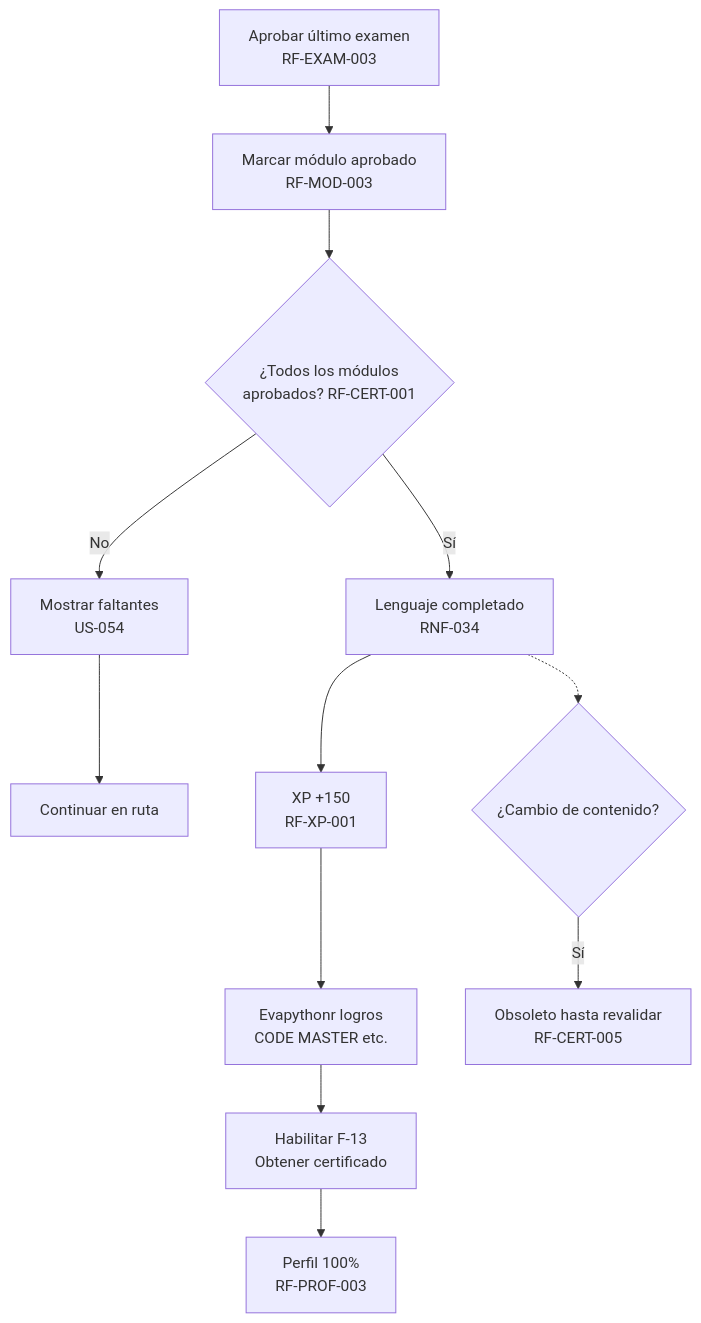
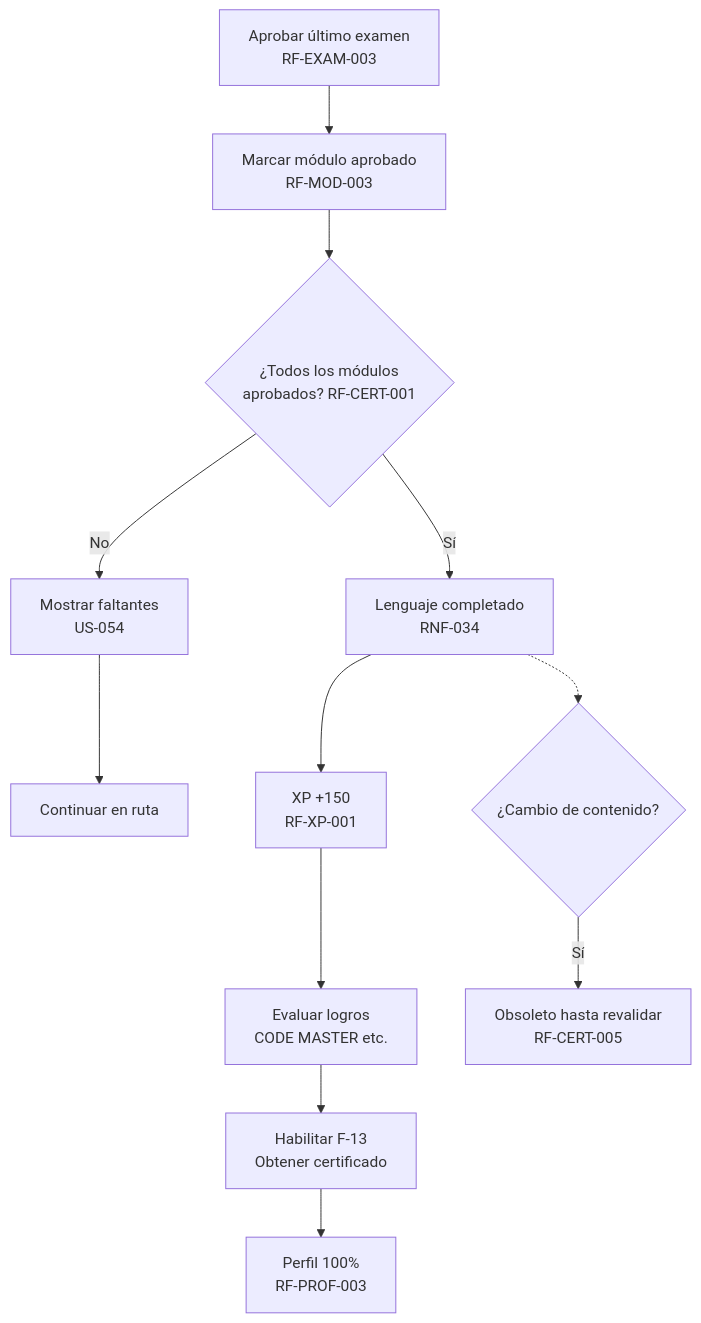
Before and after one commit to dypok/Koda: diagram 13 of 17 in docs/02-requisitos-ux/09_USER_FLOWS.md, drawn with Mermaid. The commit also changed other lines of this file and 36 other files, not shown here.

````diff
--- a/docs/02-requisitos-ux/09_USER_FLOWS.md
+++ b/docs/02-requisitos-ux/09_USER_FLOWS.md
@@ -758,14 +758,14 @@
 ```mermaid
 flowchart TD
     A[Aprobar último examen<br/>RF-EXAM-003] --> B[Marcar módulo aprobado<br/>RF-MOD-003]
     B --> C{¿Todos los módulos<br/>aprobados? RF-CERT-001}
     C -->|No| D[Mostrar faltantes<br/>US-054]
     D --> E[Continuar en ruta]
     C -->|Sí| F[Lenguaje completado<br/>RNF-034]
     F --> G[XP +150<br/>RF-XP-001]
-    G --> H[Evapythonr logros<br/>CODE MASTER etc.]
+    G --> H[Evaluar logros<br/>CODE MASTER etc.]
     H --> I[Habilitar F-13<br/>Obtener certificado]
     I --> J[Perfil 100%<br/>RF-PROF-003]
     F -.-> K{¿Cambio de contenido?}
     K -->|Sí| L[Obsoleto hasta revalidar<br/>RF-CERT-005]
 ```
````
